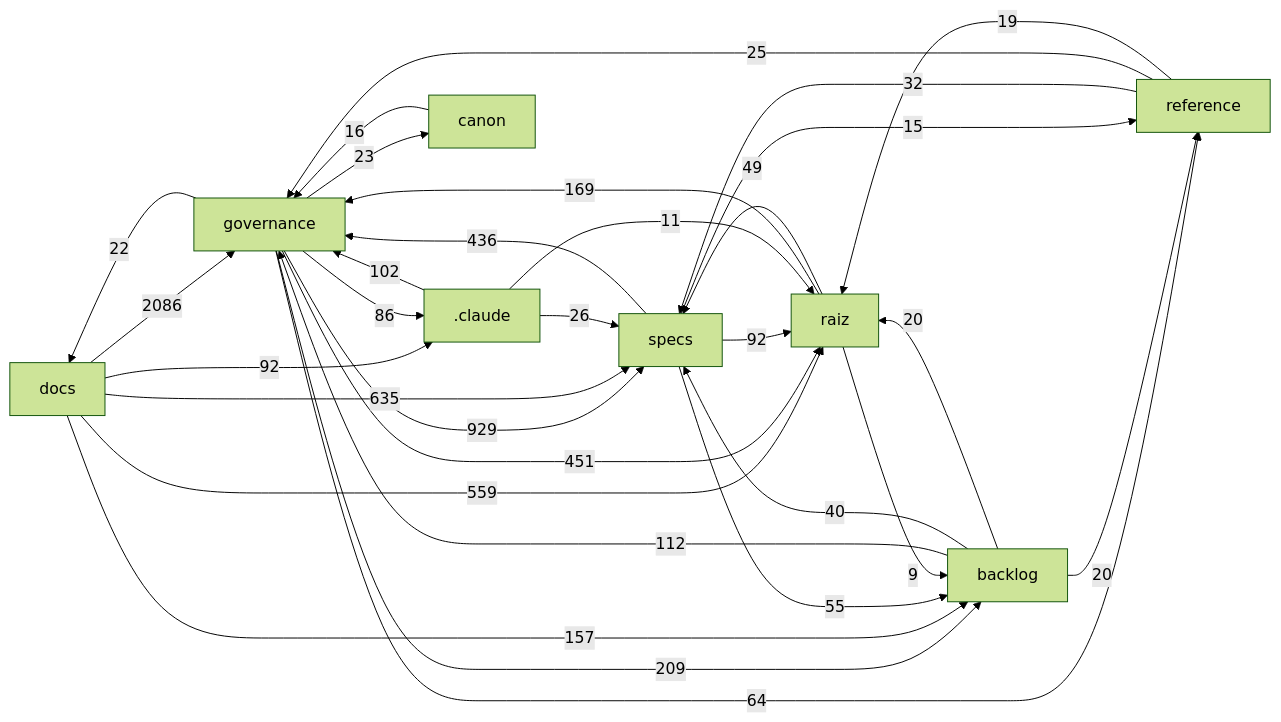
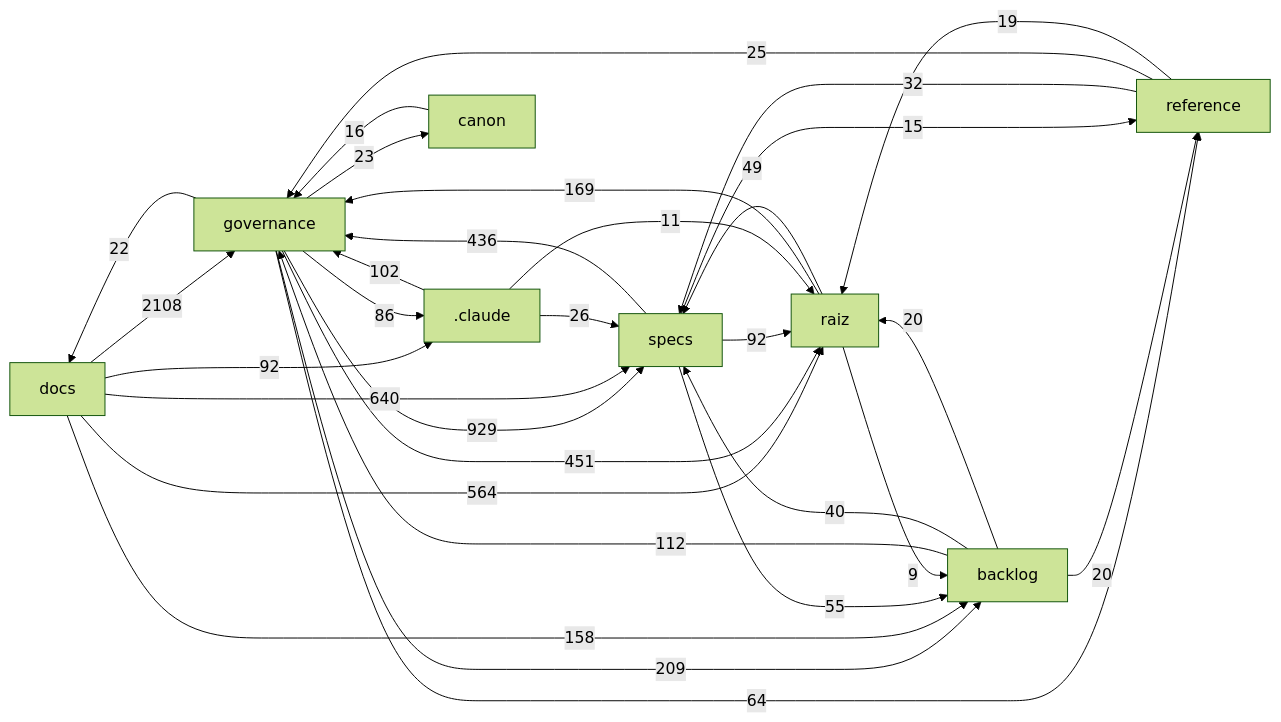
Before and after one commit to Andraus35/Sistema-Operacional-de-Trading--SOT: the diagram in docs/mapa/MAPA-PROJETO.md, drawn with Mermaid (forest theme). The commit also changed other lines of this file and 4 other files, not shown here.

````diff
--- a/docs/mapa/MAPA-PROJETO.md
+++ b/docs/mapa/MAPA-PROJETO.md
@@ -29,33 +29,33 @@
 ```mermaid
 flowchart LR
-  docs["docs"] -->|2086| governance["governance"]
+  docs["docs"] -->|2108| governance["governance"]
   governance["governance"] -->|929| specs["specs"]
-  docs["docs"] -->|635| specs["specs"]
-  docs["docs"] -->|559| raiz["raiz"]
+  docs["docs"] -->|640| specs["specs"]
+  docs["docs"] -->|564| raiz["raiz"]
   governance["governance"] -->|451| raiz["raiz"]
   specs["specs"] -->|436| governance["governance"]
   governance["governance"] -->|209| backlog["backlog"]
   raiz["raiz"] -->|169| governance["governance"]
-  docs["docs"] -->|157| backlog["backlog"]
+  docs["docs"] -->|158| backlog["backlog"]
   backlog["backlog"] -->|112| governance["governance"]
   _claude[".claude"] -->|102| governance["governance"]
   docs["docs"] -->|92| _claude[".claude"]
   specs["specs"] -->|92| raiz["raiz"]
   governance["governance"] -->|86| _claude[".claude"]
   governance["governance"] -->|64| reference["reference"]
   specs["specs"] -->|55| backlog["backlog"]
   raiz["raiz"] -->|49| specs["specs"]
   backlog["backlog"] -->|40| specs["specs"]
   reference["reference"] -->|32| specs["specs"]
   _claude[".claude"] -->|26| specs["specs"]
   reference["reference"] -->|25| governance["governance"]
   governance["governance"] -->|23| canon["canon"]
   governance["governance"] -->|22| docs["docs"]
   backlog["backlog"] -->|20| raiz["raiz"]
   backlog["backlog"] -->|20| reference["reference"]
   reference["reference"] -->|19| raiz["raiz"]
   canon["canon"] -->|16| governance["governance"]
   specs["specs"] -->|15| reference["reference"]
   _claude[".claude"] -->|11| raiz["raiz"]
   raiz["raiz"] -->|9| backlog["backlog"]
 ```
````
